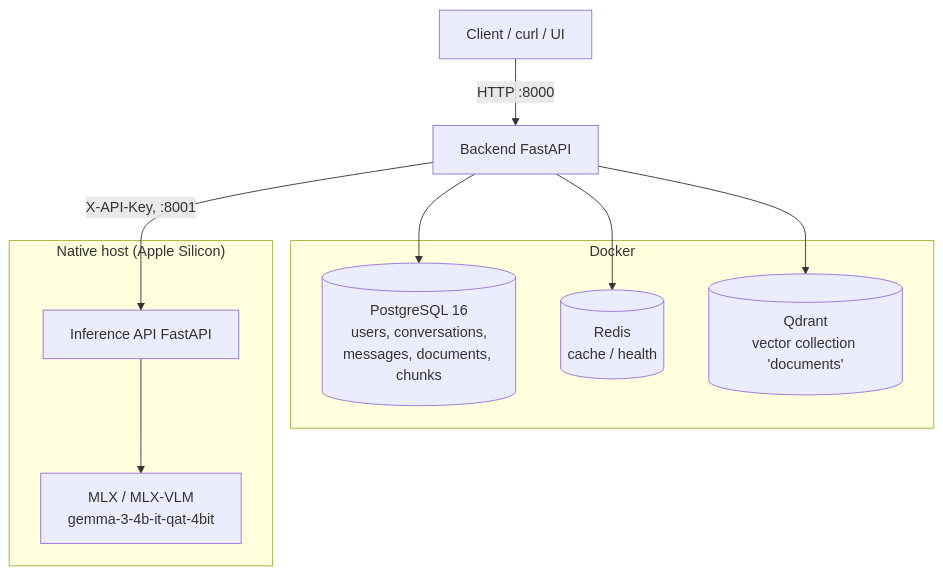
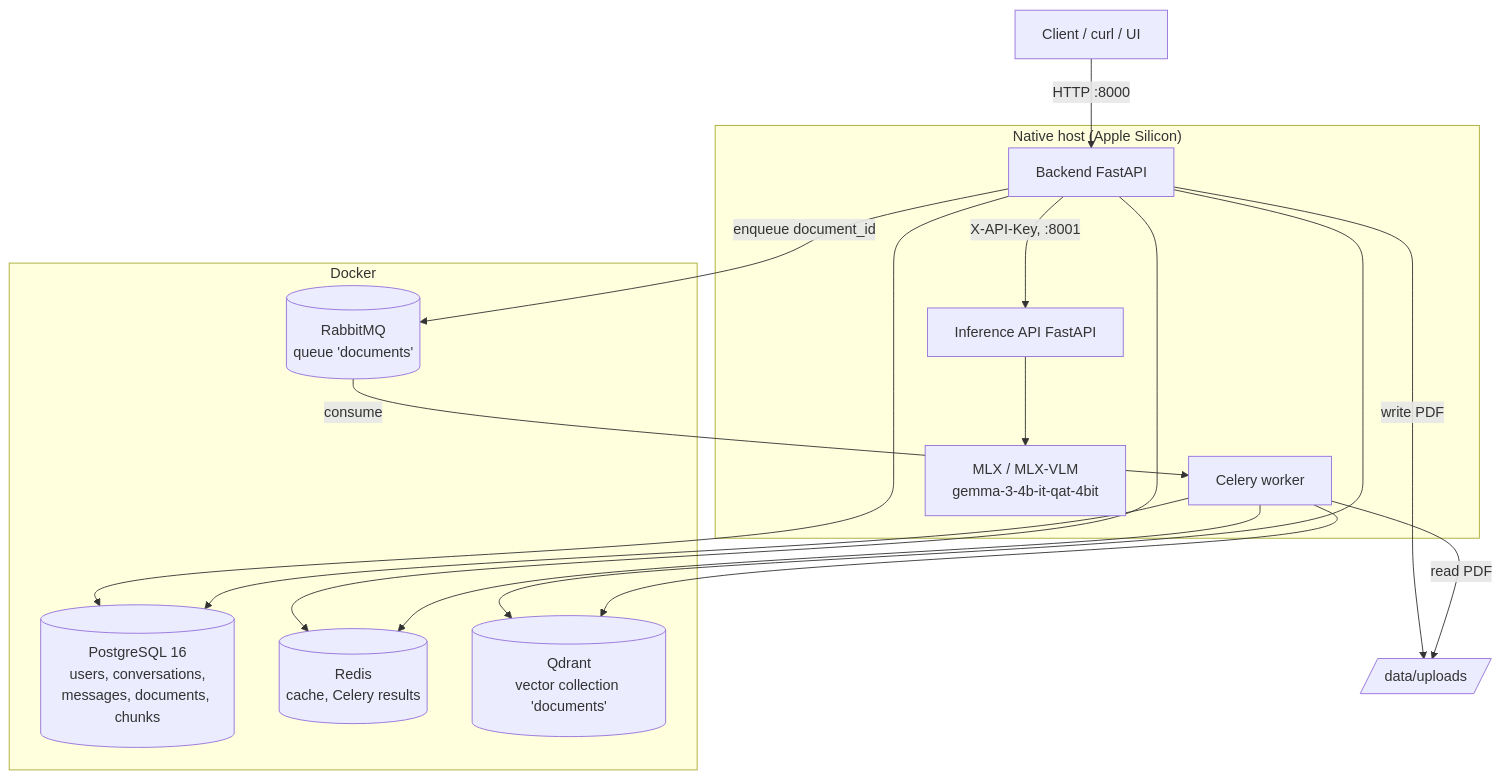
Before and after one commit to BortnikMaxim/private-ai-platform: the first of 3 diagrams in README.md, drawn with Mermaid. The commit also changed other lines of this file and 33 other files, not shown here.

Commit message:
feat: add asynchronous document processing with Celery

````diff
--- a/README.md
+++ b/README.md
@@ -18,24 +20,35 @@
 ```mermaid
 flowchart TD
     Client[Client / curl / UI]
 
     Client -->|HTTP :8000| Backend[Backend FastAPI]
 
     Backend --> Postgres[(PostgreSQL 16<br/>users, conversations,<br/>messages, documents, chunks)]
-    Backend --> Redis[(Redis<br/>cache / health)]
+    Backend --> Redis[(Redis<br/>cache, Celery results)]
     Backend --> Qdrant[(Qdrant<br/>vector collection 'documents')]
     Backend -->|X-API-Key, :8001| Inference[Inference API FastAPI]
+    Backend -->|enqueue document_id| Rabbit[(RabbitMQ<br/>queue 'documents')]
+    Backend -->|write PDF| Files[/data/uploads/]
+
+    Rabbit -->|consume| Worker[Celery worker]
+    Worker -->|read PDF| Files
+    Worker --> Postgres
+    Worker --> Qdrant
+    Worker --> Redis
 
     Inference --> MLX[MLX / MLX-VLM<br/>gemma-3-4b-it-qat-4bit]
 
     subgraph Docker
         Postgres
         Redis
         Qdrant
+        Rabbit
     end
 
     subgraph "Native host (Apple Silicon)"
+        Backend
+        Worker
         Inference
         MLX
     end
 ```
````
